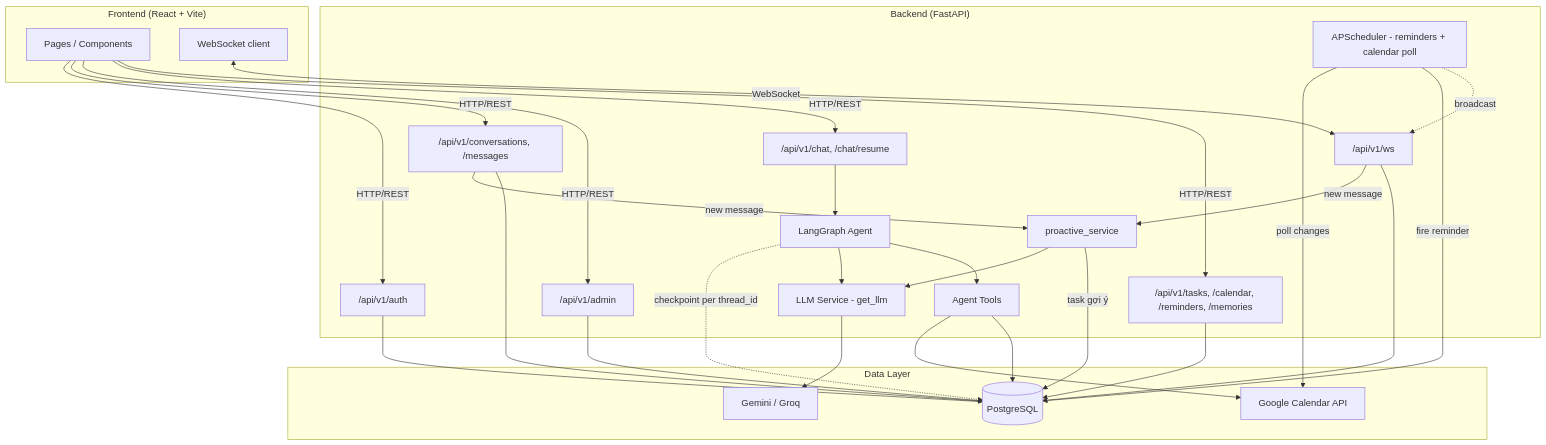
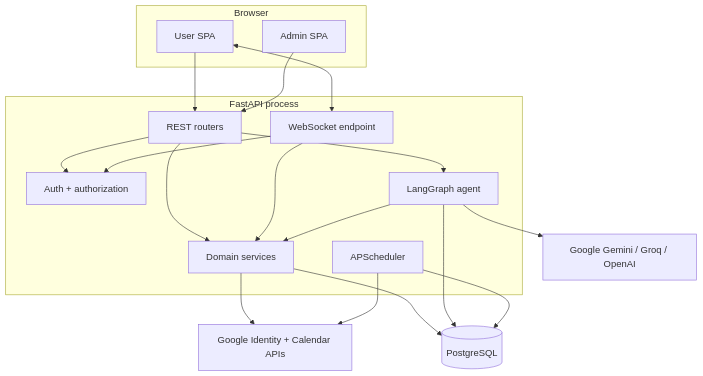
One commit to vanTanIsReal/copy_build_phase changed the first of 5 diagrams in ARCHITECTURE.md. Above: the diagram before and after it, drawn with Mermaid. The commit also changed other lines of this file and 1 other file, not shown here.

Commit message:
docs: rewrite architecture and system overview

````diff
--- a/ARCHITECTURE.md
+++ b/ARCHITECTURE.md
@@ -16,53 +19,36 @@
 ```mermaid
-graph TB
-    subgraph Frontend["Frontend (React + Vite)"]
-        UI[Pages / Components]
-        WSClient[WebSocket client]
+flowchart TB
+    subgraph Browser
+        USER[User SPA]
+        ADMIN[Admin SPA]
     end
 
-    subgraph Backend["Backend (FastAPI)"]
-        AuthAPI["/api/v1/auth"]
-        ChatAPI["/api/v1/conversations, /messages"]
-        AdminAPI["/api/v1/admin"]
-        AgentAPI["/api/v1/chat, /chat/resume"]
-        DataAPI["/api/v1/tasks, /calendar, /reminders, /memories"]
-        WS["/api/v1/ws"]
-        Agent[LangGraph Agent]
-        LLM[LLM Service - get_llm]
-        Tools[Agent Tools]
-        Scheduler["APScheduler - reminders + calendar poll"]
-        Proactive[proactive_service]
+    subgraph Backend[FastAPI process]
+        REST[REST routers]
+        WS[WebSocket endpoint]
+        AUTH[Auth + authorization]
+        SVC[Domain services]
+        GRAPH[LangGraph agent]
+        JOBS[APScheduler]
     end
 
-    subgraph Data["Data Layer"]
-        DB[(PostgreSQL)]
-        Google[Google Calendar API]
-        LLMProvider[Gemini / Groq]
-    end
+    PG[(PostgreSQL)]
+    LLM[Google Gemini / Groq / OpenAI]
+    GOOGLE[Google Identity + Calendar APIs]
 
-    UI -->|HTTP/REST| AuthAPI
-    UI -->|HTTP/REST| ChatAPI
-    UI -->|HTTP/REST| AdminAPI
-    UI -->|HTTP/REST| AgentAPI
-    UI -->|HTTP/REST| DataAPI
-    WSClient <-->|WebSocket| WS
-    AgentAPI --> Agent
-    Agent -.->|checkpoint per thread_id| DB
-    Agent --> LLM
-    Agent --> Tools
-    LLM --> LLMProvider
-    Tools --> Google
-    Tools --> DB
-    ChatAPI -->|new message| Proactive
-    WS -->|new message| Proactive
-    Proactive --> LLM
-    Proactive -->|task gợi ý| DB
-    Scheduler -->|poll changes| Google
-    Scheduler -->|fire reminder| DB
-    Scheduler -.->|broadcast| WS
-    AuthAPI --> DB
-    ChatAPI --> DB
-    AdminAPI --> DB
-    DataAPI --> DB
-    WS --> DB
+    USER --> REST
+    ADMIN --> REST
+    USER <--> WS
+    REST --> AUTH
+    WS --> AUTH
+    REST --> SVC
+    WS --> SVC
+    REST --> GRAPH
+    GRAPH --> SVC
+    GRAPH --> LLM
+    SVC --> PG
+    GRAPH --> PG
+    JOBS --> PG
+    SVC --> GOOGLE
+    JOBS --> GOOGLE
 ```
````
